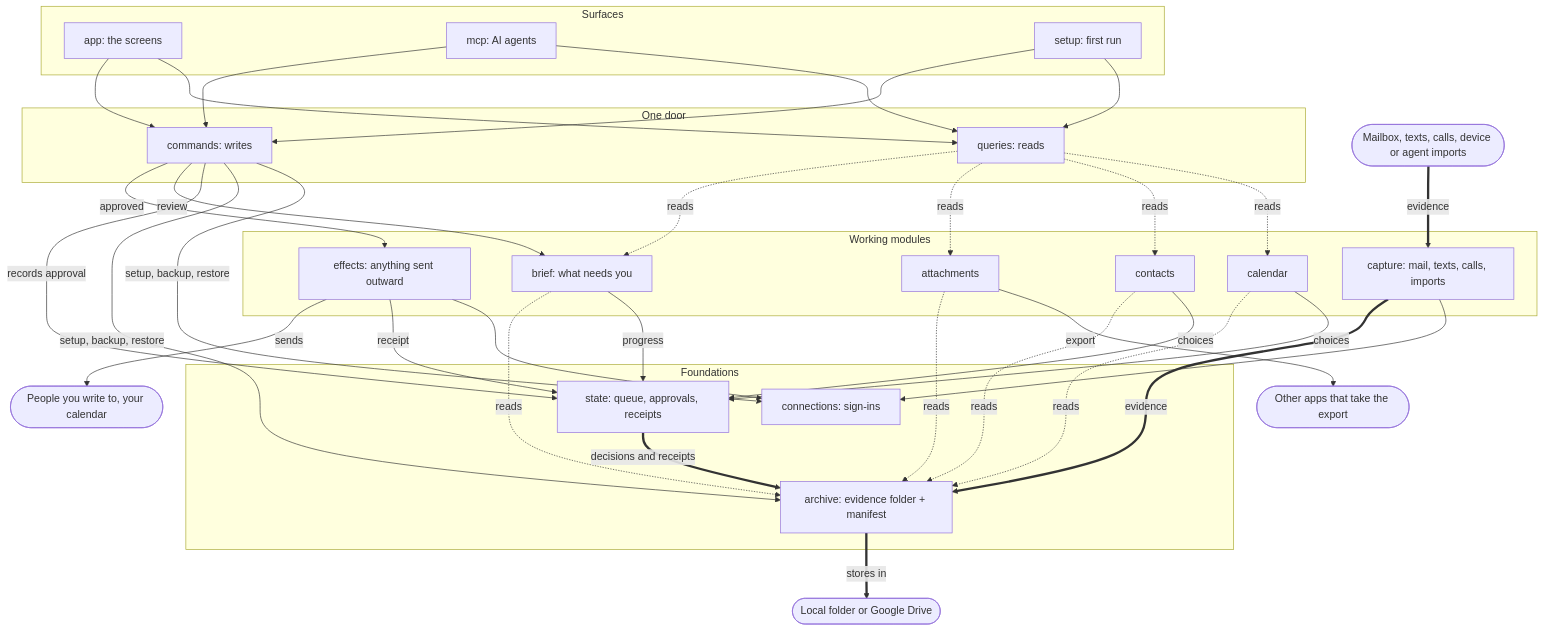
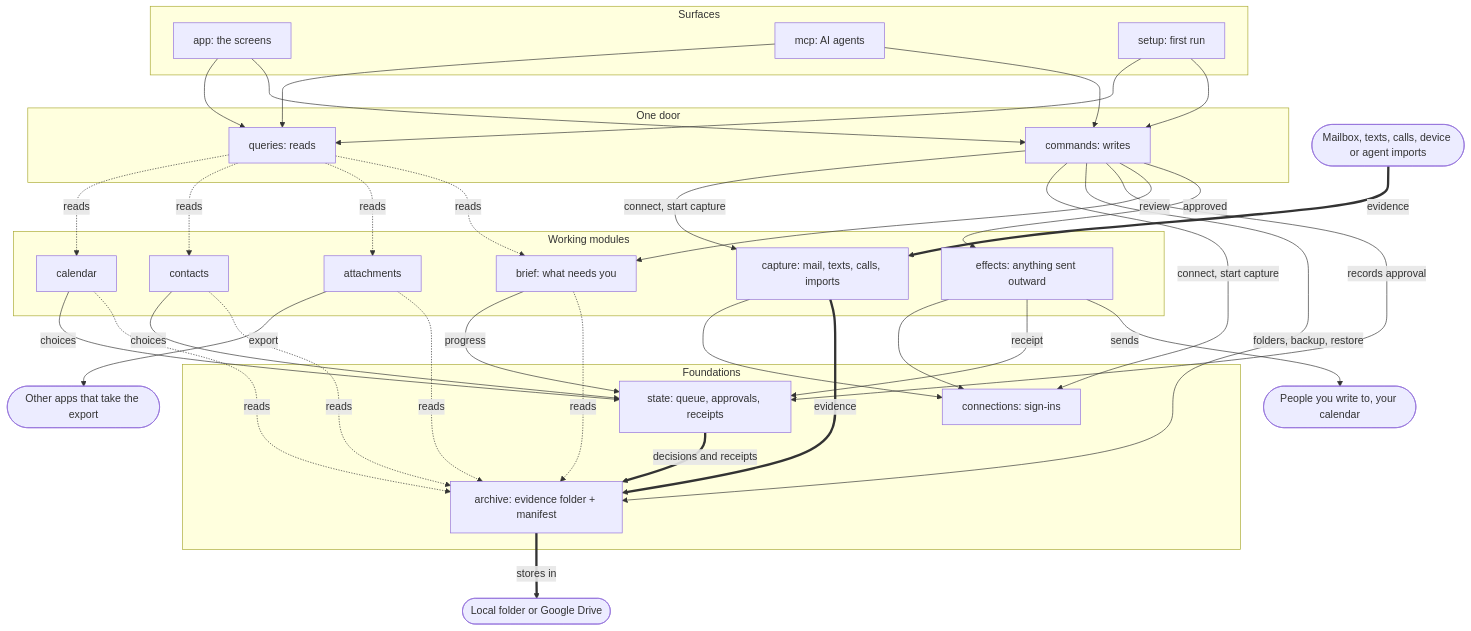
The diagram in map/target.md (diligent-communications/diligent-communications), drawn with Mermaid before and after one commit. The commit also changed other lines of this file and 29 other files, not shown here.

````diff
--- a/map/target.md
+++ b/map/target.md
@@ -5,53 +5,54 @@
 ```mermaid
 flowchart TB
   subgraph Surfaces
     app[app: the screens]
     mcp[mcp: AI agents]
     setup[setup: first run]
   end
   subgraph Door[One door]
     commands[commands: writes]
     queries[queries: reads]
   end
   subgraph Work[Working modules]
     capture[capture: mail, texts, calls, imports]
     brief[brief: what needs you]
     attachments
     contacts
     calendar
     effects[effects: anything sent outward]
   end
   subgraph Foundations
     archive[archive: evidence folder + manifest]
     state[state: queue, approvals, receipts]
     connections[connections: sign-ins]
   end
   src([Mailbox, texts, calls, device or agent imports])
   out([People you write to, your calendar])
   store([Local folder or Google Drive])
   consumers([Other apps that take the export])
 
   app --> commands & queries
   mcp --> commands & queries
   setup --> commands & queries
 
   src == evidence ==> capture == evidence ==> archive
   archive == stores in ==> store
 
   queries -. reads .-> brief & attachments & contacts & calendar
   brief -. reads .-> archive
   attachments -. reads .-> archive
   contacts -. reads .-> archive
   calendar -. reads .-> archive
 
   commands -- approved --> effects -- sends --> out
   commands -- review --> brief
   attachments -- export --> consumers
   commands -- records approval --> state
   effects -- receipt --> state
   state == decisions and receipts ==> archive
-  commands -- setup, backup, restore --> archive & connections
+  commands -- folders, backup, restore --> archive
+  commands -- connect, start capture --> connections & capture
   brief -- progress --> state
   contacts & calendar -- choices --> state
   capture & effects --> connections
 ```
````
